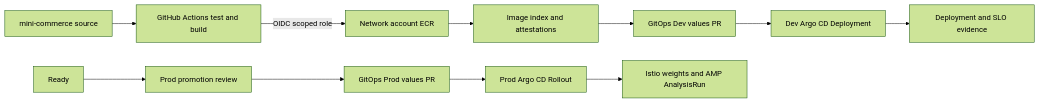
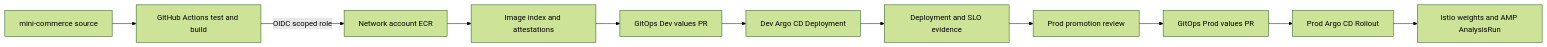
One commit to play-builder/EKS-infra changed the first of 3 diagrams in docs/architecture.md. Above: the diagram before and after it, drawn with Mermaid (forest theme). The commit also changed 37 other files, not shown here.

````diff
--- a/docs/architecture.md
+++ b/docs/architecture.md
@@ -27,13 +27,13 @@
 ```mermaid
 flowchart LR
   App[mini-commerce source] --> CI[GitHub Actions test and build]
   CI -->|OIDC scoped role| ECR[Network account ECR]
   ECR --> Proof[Image index and attestations]
   Proof --> DevGit[GitOps Dev values PR]
   DevGit --> Dev[Dev Argo CD Deployment]
   Dev --> Observe[Deployment and SLO evidence]
-  Ready --> Approval[Prod promotion review]
+  Observe --> Approval[Prod promotion review]
   Approval --> ProdGit[GitOps Prod values PR]
   ProdGit --> Prod[Prod Argo CD Rollout]
   Prod --> Analysis[Istio weights and AMP AnalysisRun]
 ```
````
